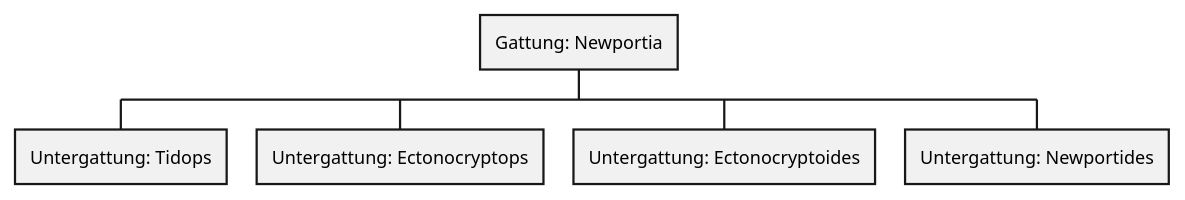
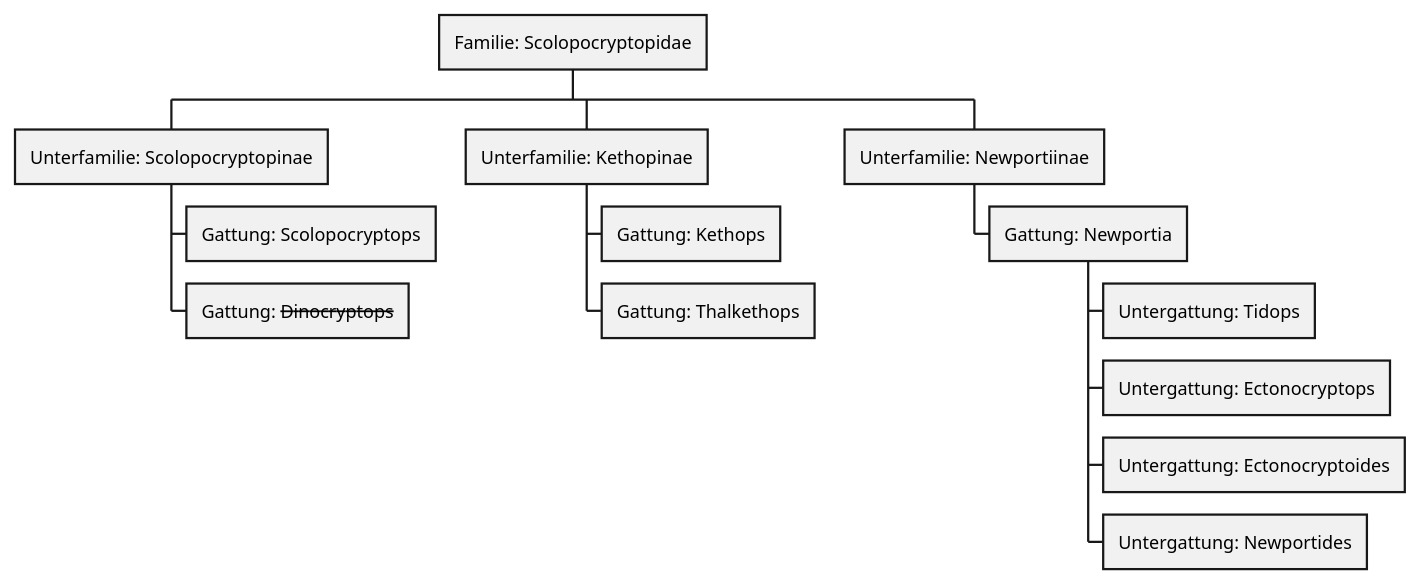
Before and after one commit to christhulhu/acab: the diagram in assets/diagrams/taxonomy_2020.puml, drawn with PlantUML. The commit also changed 6 other files, not shown here.

```diff
--- a/assets/diagrams/taxonomy_2020.puml
+++ b/assets/diagrams/taxonomy_2020.puml
@@ -1,8 +1,17 @@
 @startwbs
 
-* Gattung: Newportia
-** Untergattung: Tidops
-** Untergattung: Ectonocryptops
-** Untergattung: Ectonocryptoides
-** Untergattung: Newportides
+* Familie: Scolopocryptopidae
+** Unterfamilie: Scolopocryptopinae
+*** Gattung: Scolopocryptops
+' TBD: In Taxonomie-Übersicht entfernen
+*** Gattung: <s>Dinocryptops
+** Unterfamilie: Kethopinae
+*** Gattung: Kethops
+*** Gattung: Thalkethops
+** Unterfamilie: Newportiinae
+*** Gattung: Newportia
+**** Untergattung: Tidops
+**** Untergattung: Ectonocryptops
+**** Untergattung: Ectonocryptoides
+**** Untergattung: Newportides
 @endwbs
```
